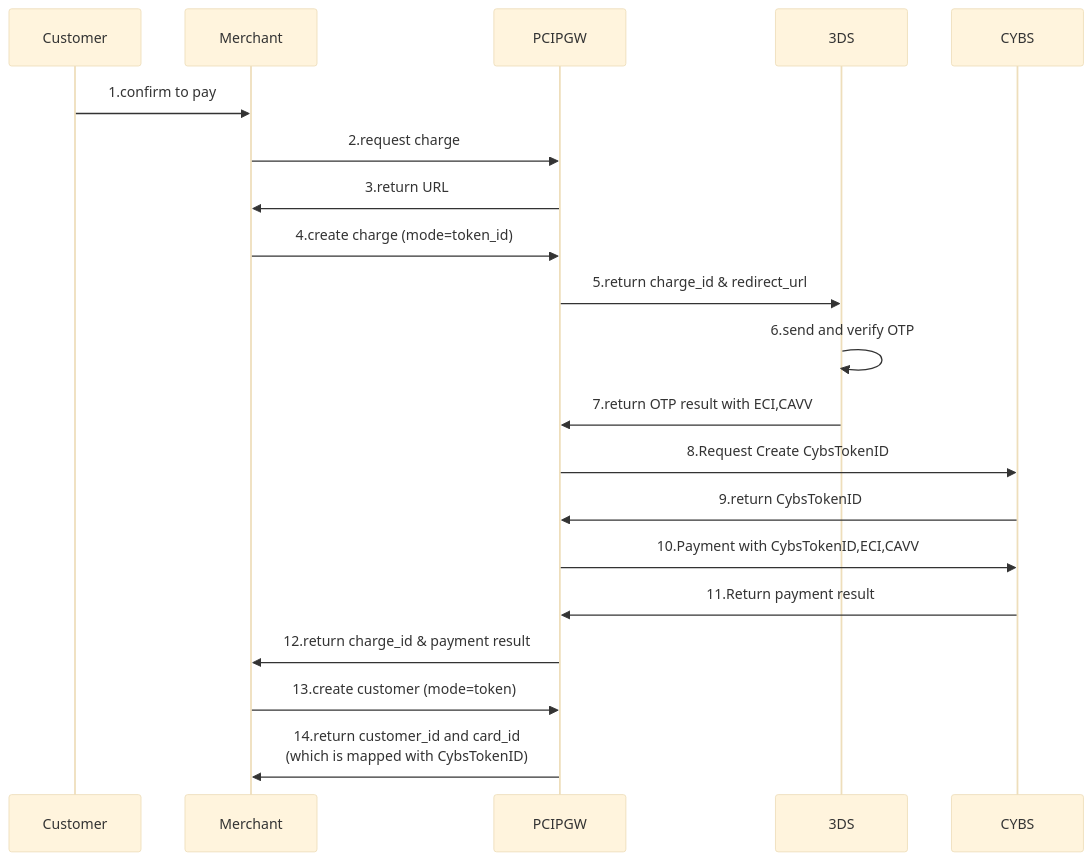
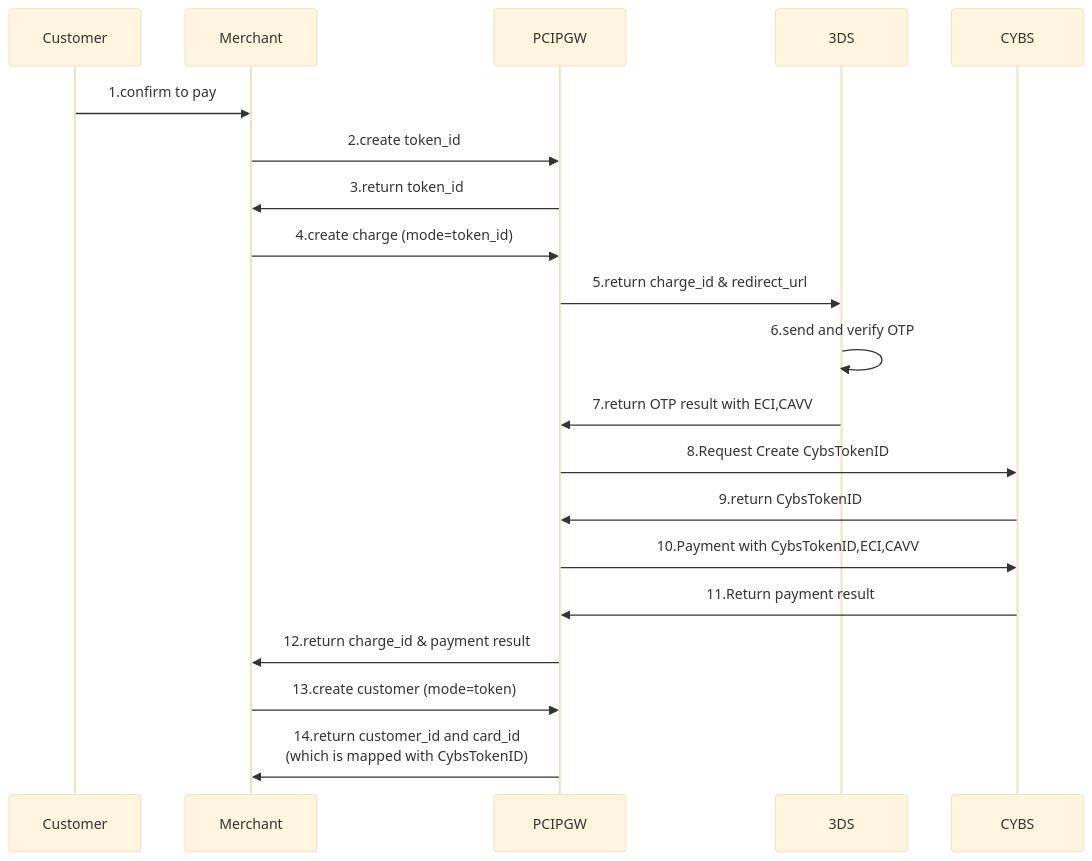
The second of 4 diagrams in Cybs-Ph2-Flow1.md (yuusuke25/MyNotes), drawn with Mermaid (base theme) before and after one commit. The commit also changed other lines of this file, not shown here.

````diff
--- a/Cybs-Ph2-Flow1.md
+++ b/Cybs-Ph2-Flow1.md
@@ -23,19 +23,19 @@
 ```mermaid
     sequenceDiagram
         Customer->>Merchant:1.confirm to pay
-        Merchant->>PCIPGW:2.request charge
-        PCIPGW->>Merchant:3.return URL
+        Merchant->>PCIPGW:2.create token_id
+        PCIPGW->>Merchant:3.return token_id
         Merchant->>PCIPGW:4.create charge (mode=token_id)
         PCIPGW->>3DS:5.return charge_id & redirect_url
         3DS->>3DS:6.send and verify OTP
         3DS->>PCIPGW:7.return OTP result with ECI,CAVV
         PCIPGW->>CYBS:8.Request Create CybsTokenID
         CYBS->>PCIPGW:9.return CybsTokenID
         PCIPGW->>CYBS:10.Payment with CybsTokenID,ECI,CAVV
         CYBS->>PCIPGW:11.Return payment result
         PCIPGW->>Merchant:12.return charge_id & payment result
 
         Merchant->>PCIPGW:13.create customer (mode=token)
         PCIPGW->>Merchant:14.return customer_id and card_id <br>(which is mapped with CybsTokenID)
 
 ```
````
